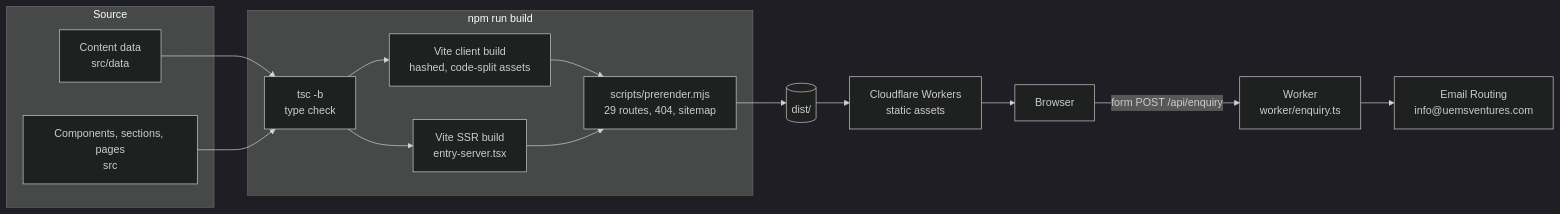
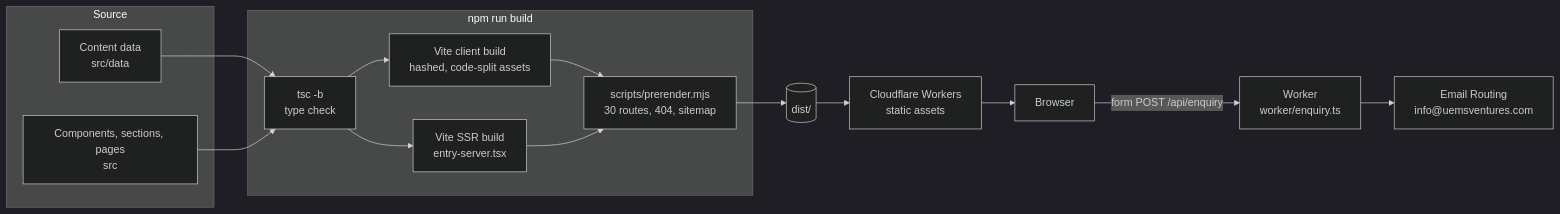
Before and after one commit to spacesdrive/uems-agency: the first of 3 diagrams in README.md, drawn with Mermaid (dark theme). The commit also changed other lines of this file and 20 other files, not shown here.

````diff
--- a/README.md
+++ b/README.md
@@ -109,22 +109,22 @@
 ```mermaid
 flowchart LR
     subgraph Source
         D["Content data<br/>src/data"]
         C["Components, sections, pages<br/>src"]
     end
     subgraph Build["npm run build"]
         T["tsc -b<br/>type check"]
         V["Vite client build<br/>hashed, code-split assets"]
         S["Vite SSR build<br/>entry-server.tsx"]
-        P["scripts/prerender.mjs<br/>29 routes, 404, sitemap"]
+        P["scripts/prerender.mjs<br/>30 routes, 404, sitemap"]
     end
     D --> T
     C --> T
     T --> V --> P
     T --> S --> P
     P --> O[("dist/")]
     O --> CF["Cloudflare Workers<br/>static assets"]
     CF --> B["Browser"]
     B -- "form POST /api/enquiry" --> W["Worker<br/>worker/enquiry.ts"]
     W --> M["Email Routing<br/>info@uemsventures.com"]
 ```
````
